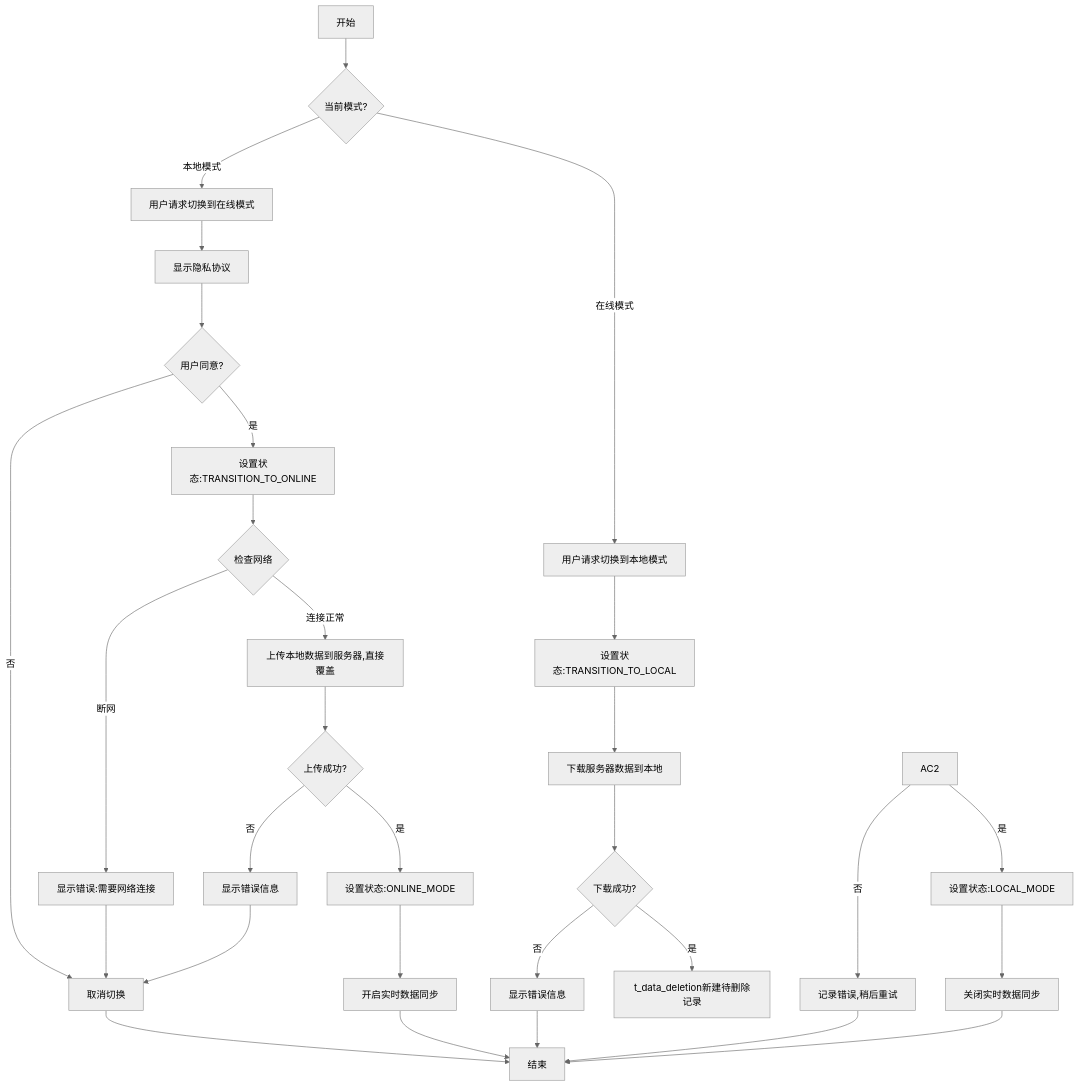
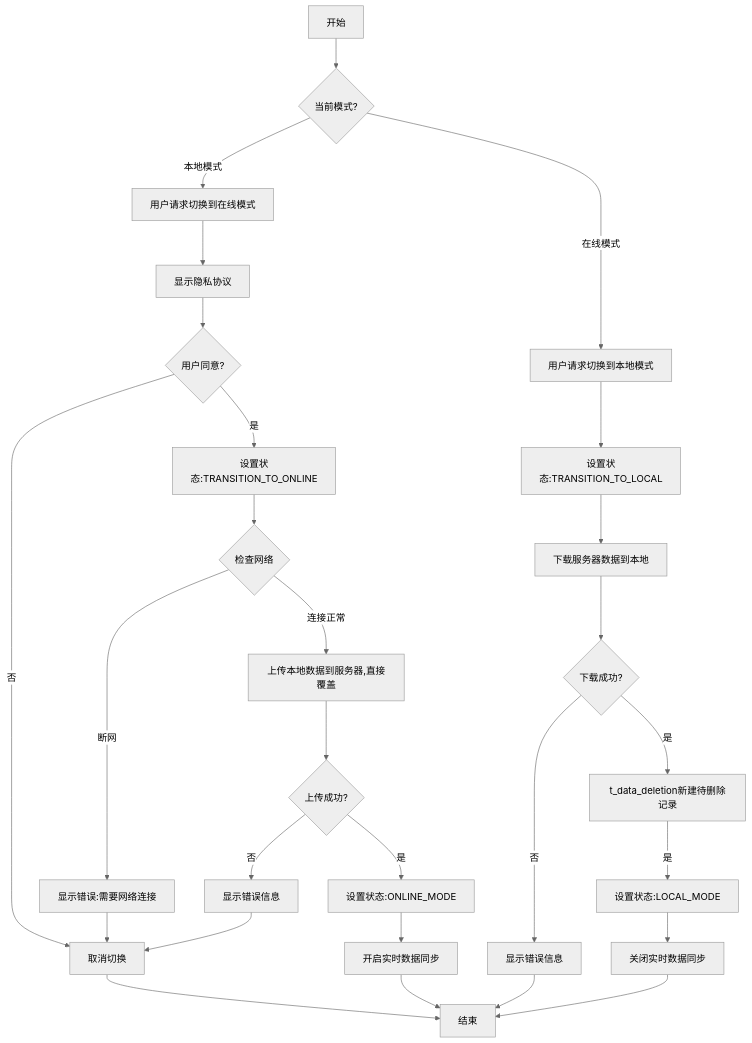
One commit to yingjianzh/iodraw-files changed the diagram in all/未命名-50.md. Above: the diagram before and after it, drawn with Mermaid (neutral theme).

Commit message:
2025-05-08 16:14:21 update

````diff
--- a/all/未命名-50.md
+++ b/all/未命名-50.md
@@ -1,37 +1,34 @@
 ```mermaid
 
 flowchart TD
     A[开始] --> B{当前模式?}
     
     B -->|本地模式| C[用户请求切换到在线模式]
     C --> F[显示隐私协议]
     F --> G{用户同意?}
     G -->|否| H[取消切换]
     H --> Z[结束]
     G -->|是| I[设置状态:TRANSITION_TO_ONLINE]
     I --> J{检查网络}
     J -->|断网| K[显示错误:需要网络连接]
     K --> H
     J -->|连接正常| O[上传本地数据到服务器,直接覆盖]
     O --> P{上传成功?}
     P -->|否| Q[显示错误信息]
     Q --> H
     P -->|是| R[设置状态:ONLINE_MODE]
     R --> S[开启实时数据同步]
     S --> Z
     
     B -->|在线模式| T[用户请求切换到本地模式]
     T --> U[设置状态:TRANSITION_TO_LOCAL]
     U --> X[下载服务器数据到本地]
     X --> Y{下载成功?}
     Y -->|否| AA2[显示错误信息]
     AA2 --> Z
     Y -->|是| AB2[t_data_deletion新建待删除记录]
-    
-    AC2 -->|否| AD2[记录错误,稍后重试]
-    AD2 --> Z
-    AC2 -->|是| AE[设置状态:LOCAL_MODE]
+    AB2 -->|是| AE[设置状态:LOCAL_MODE]
     AE --> AF[关闭实时数据同步]
     AF --> Z
 
 ```
````
